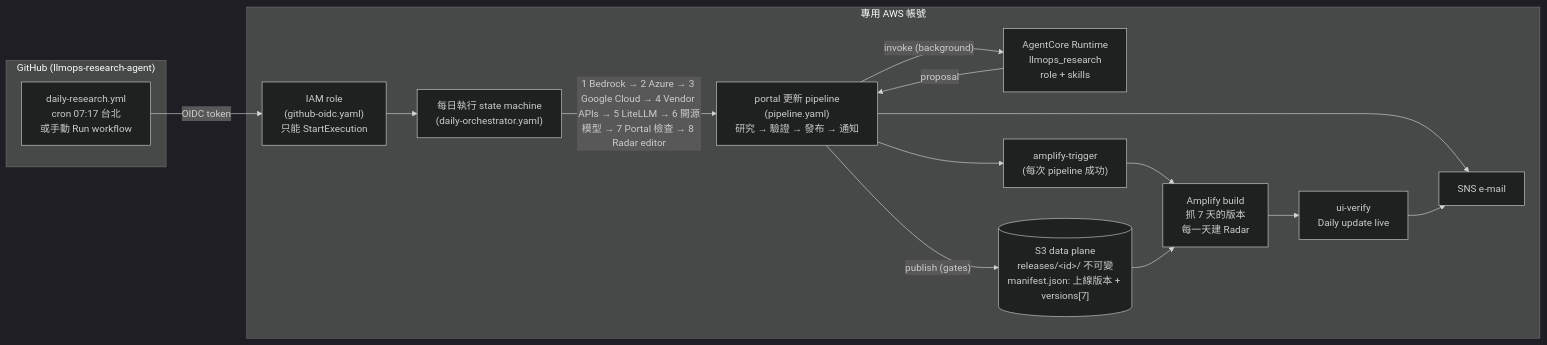
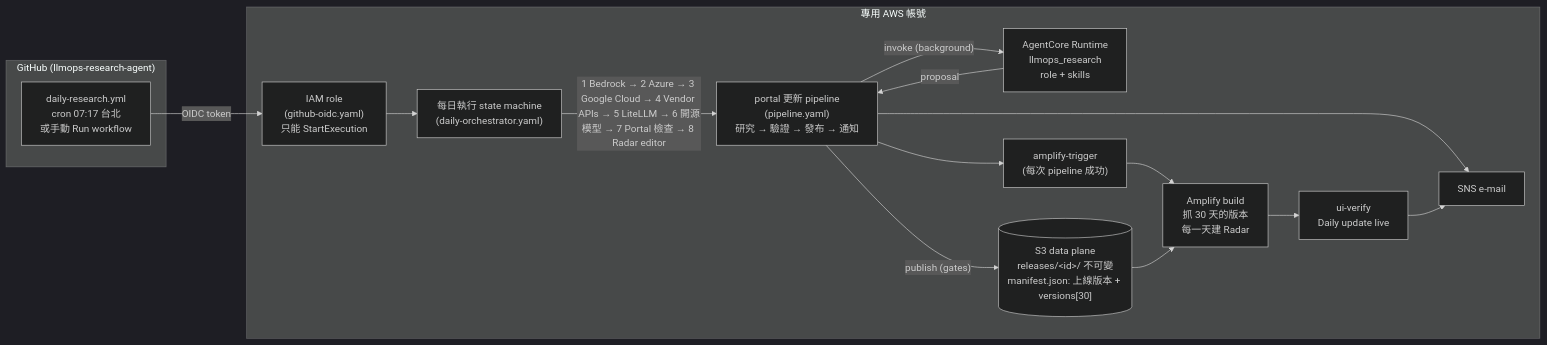
One commit to yunistsao-maker/llmops-research-agent changed the diagram in docs/daily-agents-design.md. Above: the diagram before and after it, drawn with Mermaid (dark theme). The commit also changed other lines of this file and 21 other files, not shown here.

````diff
--- a/docs/daily-agents-design.md
+++ b/docs/daily-agents-design.md
@@ -27,25 +27,25 @@
 ```mermaid
 flowchart LR
   subgraph GH["GitHub (llmops-research-agent)"]
     W["daily-research.yml<br/>cron 07:17 台北<br/>或手動 Run workflow"]
   end
   subgraph AWS["專用 AWS 帳號"]
     R["IAM role<br/>(github-oidc.yaml)<br/>只能 StartExecution"]
     O["每日執行 state machine<br/>(daily-orchestrator.yaml)"]
     P["portal 更新 pipeline<br/>(pipeline.yaml)<br/>研究 → 驗證 → 發布 → 通知"]
     A["AgentCore Runtime<br/>llmops_research<br/>role + skills"]
-    S3[("S3 data plane<br/>releases/&lt;id&gt;/ 不可變<br/>manifest.json: 上線版本 + versions[7]")]
+    S3[("S3 data plane<br/>releases/&lt;id&gt;/ 不可變<br/>manifest.json: 上線版本 + versions[30]")]
     T["amplify-trigger<br/>(每次 pipeline 成功)"]
-    AM["Amplify build<br/>抓 7 天的版本<br/>每一天建 Radar"]
+    AM["Amplify build<br/>抓 30 天的版本<br/>每一天建 Radar"]
     U["ui-verify<br/>Daily update live"]
     SNS["SNS e-mail"]
   end
   W -- "OIDC token" --> R --> O
   O -- "1 Bedrock → 2 Azure → 3 Google Cloud → 4 Vendor APIs → 5 LiteLLM → 6 開源模型 → 7 Portal 檢查 → 8 Radar editor" --> P
   P -- "invoke (background)" --> A
   A -- "proposal" --> P
   P -- "publish (gates)" --> S3
   P --> SNS
   P --> T --> AM
   S3 --> AM --> U --> SNS
 ```
````
